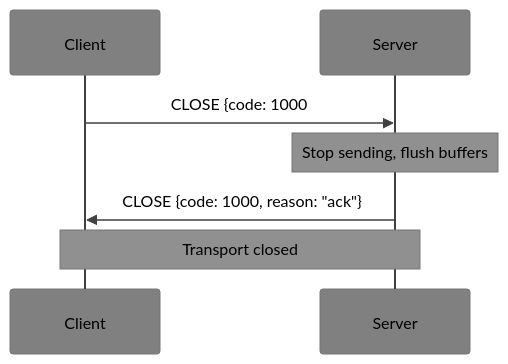
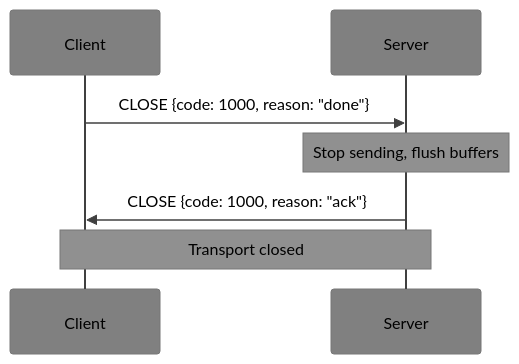
One commit to deftai/xumux changed diagram 14 of 16 in README.md. Above: the diagram before and after it, drawn with Mermaid. The commit also changed other lines of this file and 3 other files, not shown here.

Commit message:
fix: restore truncated diagram labels and add clusterBkg to graph diagrams

````diff
--- a/README.md
+++ b/README.md
@@ -577,11 +577,11 @@
 ```mermaid
 %%{init: {'theme': 'base', 'themeVariables': {'primaryTextColor': '#000000', 'secondaryTextColor': '#000000', 'tertiaryTextColor': '#000000', 'noteTextColor': '#000000', 'primaryColor': '#909090', 'secondaryColor': '#808080', 'tertiaryColor': '#707070', 'lineColor': '#404040', 'actorLineColor': '#404040', 'signalColor': '#404040', 'actorBkg': '#808080', 'actorTextColor': '#000000', 'noteBkgColor': '#909090'}}}%%
 sequenceDiagram
     participant C as Client
     participant S as Server
 
-    C->>S: CLOSE {code: 1000
+    C->>S: CLOSE {code: 1000, reason: "done"}
     Note over S: Stop sending, flush buffers
     S->>C: CLOSE {code: 1000, reason: "ack"}
     Note over C,S: Transport closed
 ```
````
